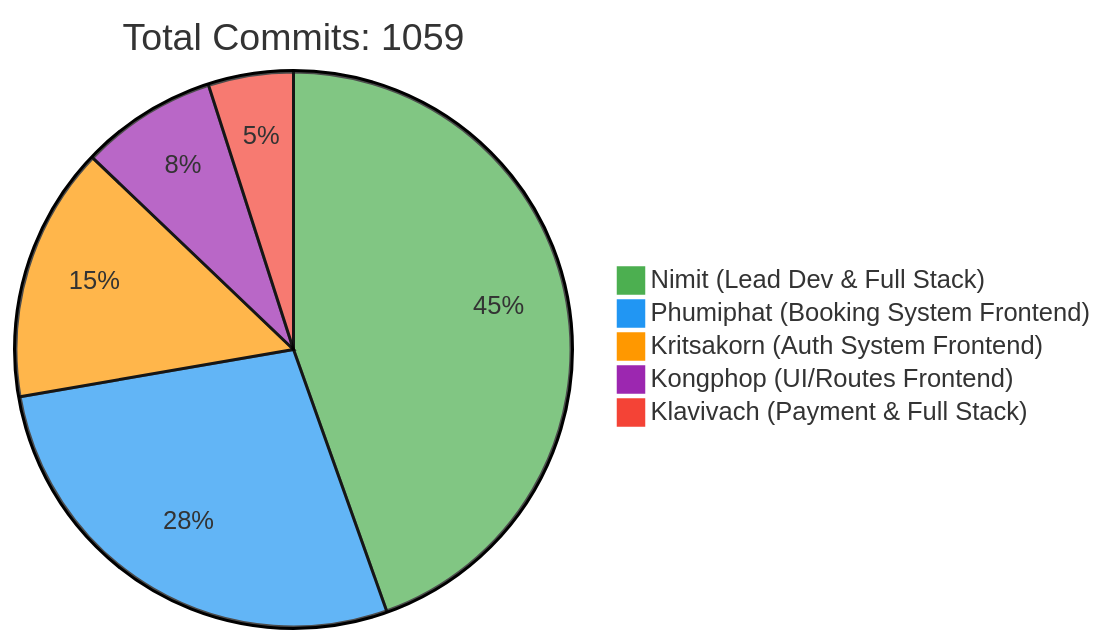
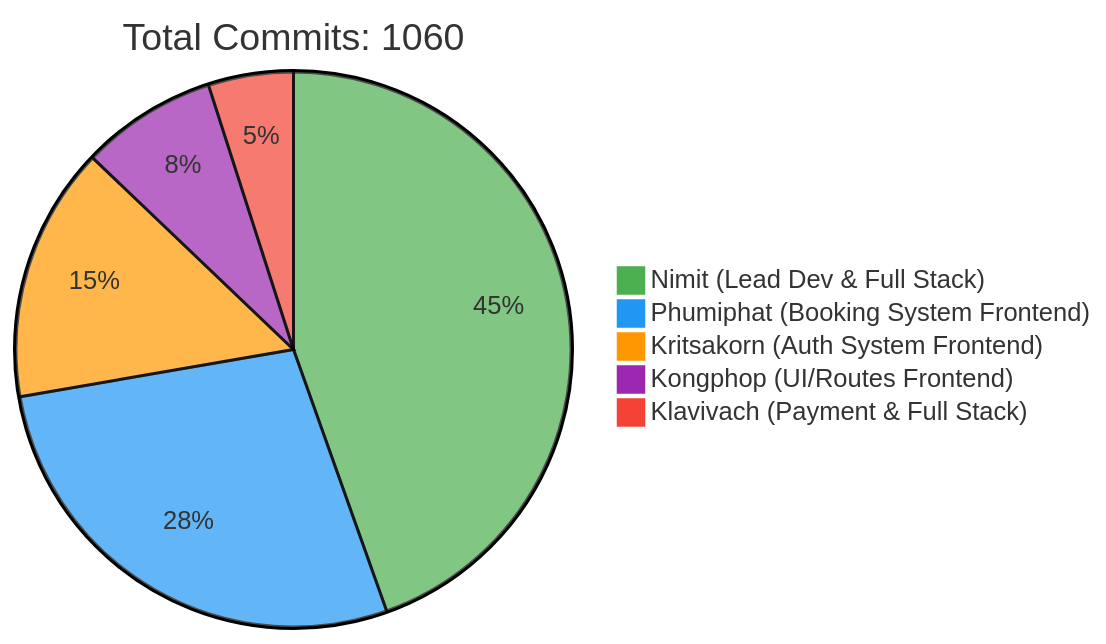
The first of 2 diagrams in README.md (6531503042/Sport-Complex), drawn with Mermaid before and after one commit. The commit also changed other lines of this file, not shown here.

Commit message:
docs: Update contributor statistics [skip ci]

````diff
--- a/README.md
+++ b/README.md
@@ -240,10 +240,10 @@
 ```mermaid
 %%{init: {'theme': 'base', 'themeVariables': { 'pie1': '#4CAF50', 'pie2': '#2196F3', 'pie3': '#FF9800', 'pie4': '#9C27B0', 'pie5': '#F44336'}}}%%
 pie
-    title Total Commits: 1059
+    title Total Commits: 1060
     "Nimit (Lead Dev & Full Stack)" : 450
     "Phumiphat (Booking System Frontend)" : 280
     "Kritsakorn (Auth System Frontend)" : 150
     "Kongphop (UI/Routes Frontend)" : 80
     "Klavivach (Payment & Full Stack)" : 50
 ```
````
